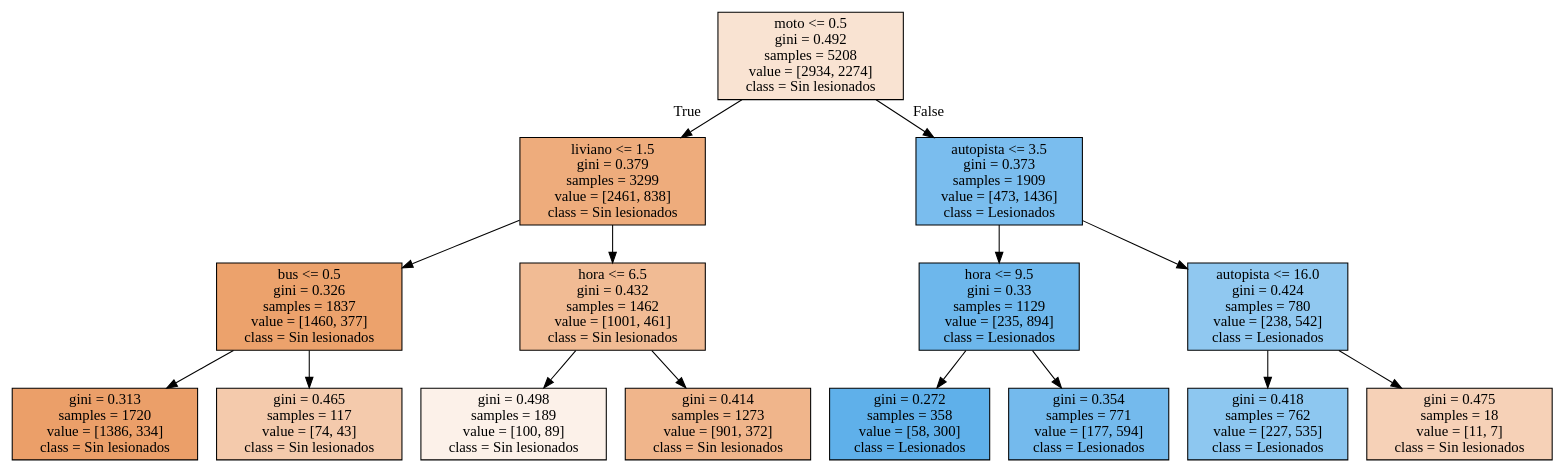
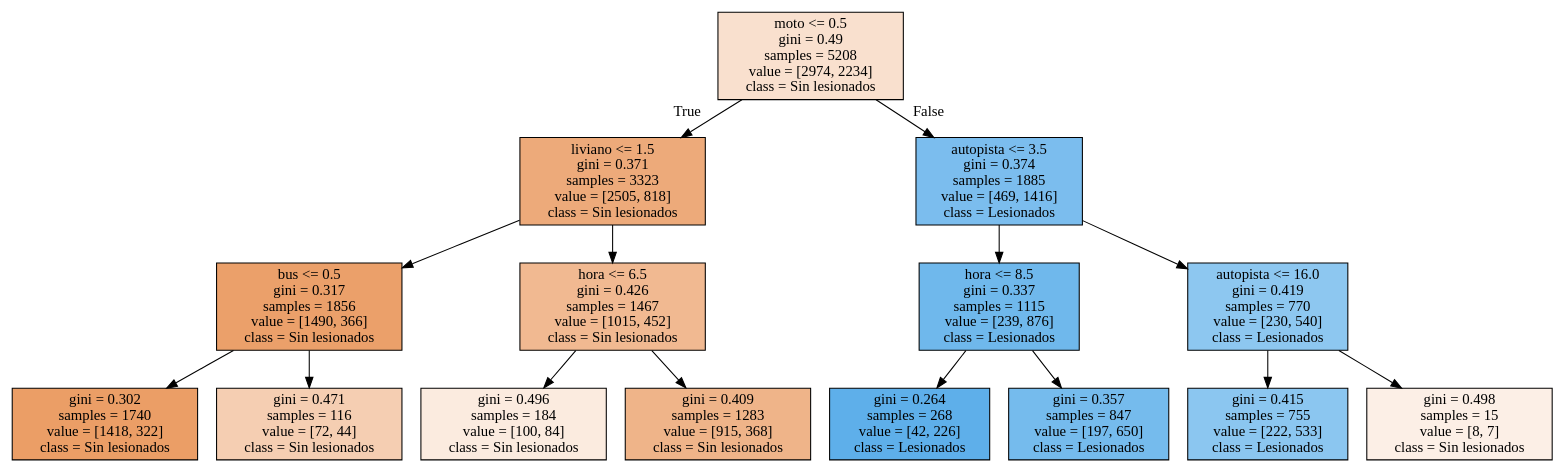
The diagram in lesionados.dot (alexsem/Control-De-Transito), drawn with Graphviz before and after one commit. The commit also changed 1 other file, not shown here.

```diff
--- a/lesionados.dot
+++ b/lesionados.dot
@@ -1,32 +1,32 @@
 digraph Tree {
 node [shape=box, style="filled", color="black"] ;
-0 [label="moto <= 0.5\ngini = 0.492\nsamples = 5208\nvalue = [2934, 2274]\nclass = Sin lesionados", fillcolor="#f9e3d2"] ;
-1 [label="liviano <= 1.5\ngini = 0.379\nsamples = 3299\nvalue = [2461, 838]\nclass = Sin lesionados", fillcolor="#eeac7c"] ;
+0 [label="moto <= 0.5\ngini = 0.49\nsamples = 5208\nvalue = [2974, 2234]\nclass = Sin lesionados", fillcolor="#f9e0ce"] ;
+1 [label="liviano <= 1.5\ngini = 0.371\nsamples = 3323\nvalue = [2505, 818]\nclass = Sin lesionados", fillcolor="#edaa7a"] ;
 0 -> 1 [labeldistance=2.5, labelangle=45, headlabel="True"] ;
-2 [label="bus <= 0.5\ngini = 0.326\nsamples = 1837\nvalue = [1460, 377]\nclass = Sin lesionados", fillcolor="#eca26c"] ;
+2 [label="bus <= 0.5\ngini = 0.317\nsamples = 1856\nvalue = [1490, 366]\nclass = Sin lesionados", fillcolor="#eba06a"] ;
 1 -> 2 ;
-3 [label="gini = 0.313\nsamples = 1720\nvalue = [1386, 334]\nclass = Sin lesionados", fillcolor="#eb9f69"] ;
+3 [label="gini = 0.302\nsamples = 1740\nvalue = [1418, 322]\nclass = Sin lesionados", fillcolor="#eb9e66"] ;
 2 -> 3 ;
-4 [label="gini = 0.465\nsamples = 117\nvalue = [74, 43]\nclass = Sin lesionados", fillcolor="#f4caac"] ;
+4 [label="gini = 0.471\nsamples = 116\nvalue = [72, 44]\nclass = Sin lesionados", fillcolor="#f5ceb2"] ;
 2 -> 4 ;
-5 [label="hora <= 6.5\ngini = 0.432\nsamples = 1462\nvalue = [1001, 461]\nclass = Sin lesionados", fillcolor="#f1bb94"] ;
+5 [label="hora <= 6.5\ngini = 0.426\nsamples = 1467\nvalue = [1015, 452]\nclass = Sin lesionados", fillcolor="#f1b991"] ;
 1 -> 5 ;
-6 [label="gini = 0.498\nsamples = 189\nvalue = [100, 89]\nclass = Sin lesionados", fillcolor="#fcf1e9"] ;
+6 [label="gini = 0.496\nsamples = 184\nvalue = [100, 84]\nclass = Sin lesionados", fillcolor="#fbebdf"] ;
 5 -> 6 ;
-7 [label="gini = 0.414\nsamples = 1273\nvalue = [901, 372]\nclass = Sin lesionados", fillcolor="#f0b58b"] ;
+7 [label="gini = 0.409\nsamples = 1283\nvalue = [915, 368]\nclass = Sin lesionados", fillcolor="#efb489"] ;
 5 -> 7 ;
-8 [label="autopista <= 3.5\ngini = 0.373\nsamples = 1909\nvalue = [473, 1436]\nclass = Lesionados", fillcolor="#7abdee"] ;
+8 [label="autopista <= 3.5\ngini = 0.374\nsamples = 1885\nvalue = [469, 1416]\nclass = Lesionados", fillcolor="#7bbdee"] ;
 0 -> 8 [labeldistance=2.5, labelangle=-45, headlabel="False"] ;
-9 [label="hora <= 9.5\ngini = 0.33\nsamples = 1129\nvalue = [235, 894]\nclass = Lesionados", fillcolor="#6db7ec"] ;
+9 [label="hora <= 8.5\ngini = 0.337\nsamples = 1115\nvalue = [239, 876]\nclass = Lesionados", fillcolor="#6fb8ec"] ;
 8 -> 9 ;
-10 [label="gini = 0.272\nsamples = 358\nvalue = [58, 300]\nclass = Lesionados", fillcolor="#5fb0ea"] ;
+10 [label="gini = 0.264\nsamples = 268\nvalue = [42, 226]\nclass = Lesionados", fillcolor="#5eafea"] ;
 9 -> 10 ;
-11 [label="gini = 0.354\nsamples = 771\nvalue = [177, 594]\nclass = Lesionados", fillcolor="#74baed"] ;
+11 [label="gini = 0.357\nsamples = 847\nvalue = [197, 650]\nclass = Lesionados", fillcolor="#75bbed"] ;
 9 -> 11 ;
-12 [label="autopista <= 16.0\ngini = 0.424\nsamples = 780\nvalue = [238, 542]\nclass = Lesionados", fillcolor="#90c8f0"] ;
+12 [label="autopista <= 16.0\ngini = 0.419\nsamples = 770\nvalue = [230, 540]\nclass = Lesionados", fillcolor="#8dc7f0"] ;
 8 -> 12 ;
-13 [label="gini = 0.418\nsamples = 762\nvalue = [227, 535]\nclass = Lesionados", fillcolor="#8dc7f0"] ;
+13 [label="gini = 0.415\nsamples = 755\nvalue = [222, 533]\nclass = Lesionados", fillcolor="#8bc6f0"] ;
 12 -> 13 ;
-14 [label="gini = 0.475\nsamples = 18\nvalue = [11, 7]\nclass = Sin lesionados", fillcolor="#f6d1b7"] ;
+14 [label="gini = 0.498\nsamples = 15\nvalue = [8, 7]\nclass = Sin lesionados", fillcolor="#fcefe6"] ;
 12 -> 14 ;
 }
```
